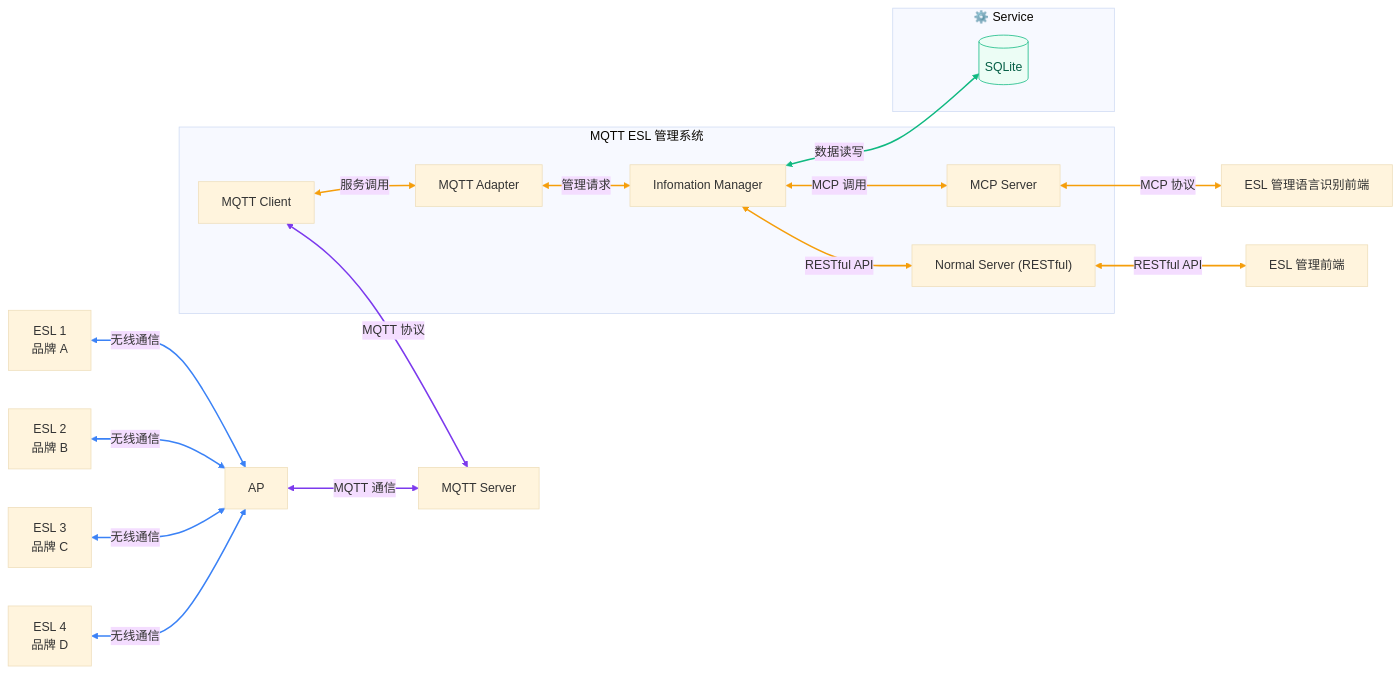
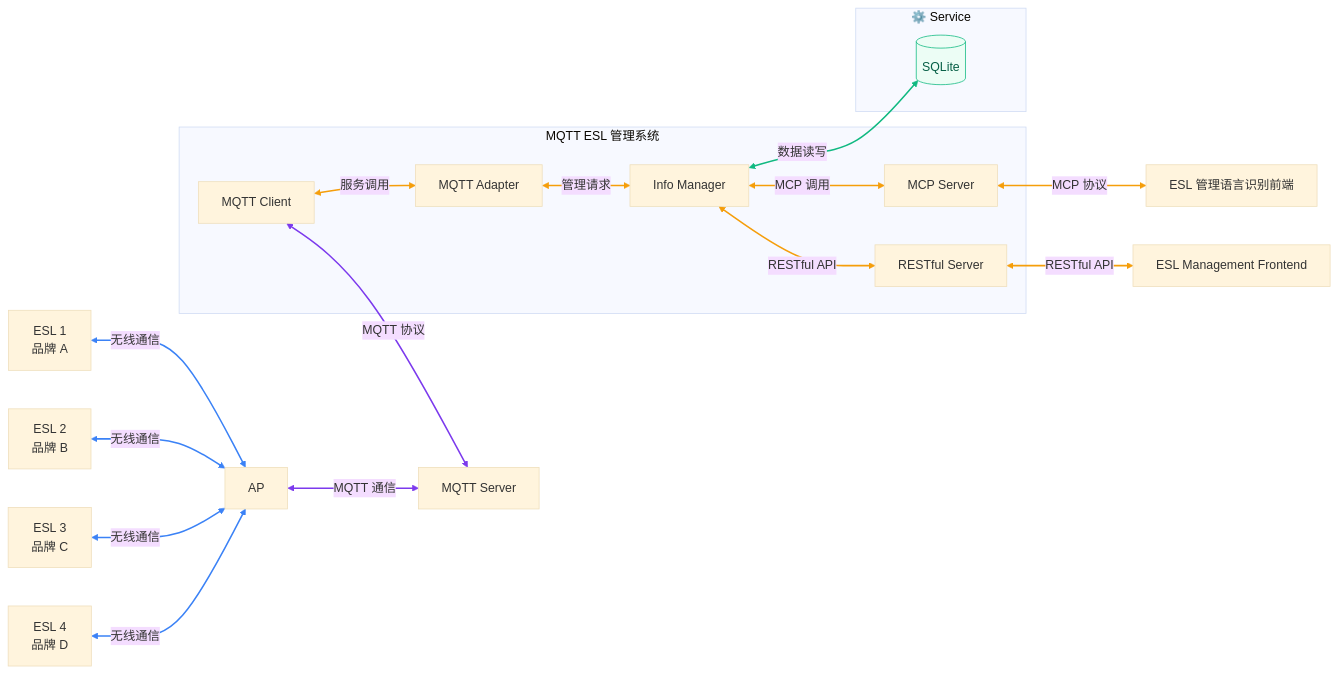
Before and after one commit to MQTT-ESL-Dev/.github: the diagram in profile/README.md, drawn with Mermaid (base theme). The commit also changed other lines of this file, not shown here.

````diff
--- a/profile/README.md
+++ b/profile/README.md
@@ -9,39 +9,44 @@
 ```mermaid
 flowchart LR
 	ESL1["ESL 1<br/>品牌 A"] <-->|无线通信| AP[AP]
 	ESL2["ESL 2<br/>品牌 B"] <-->|无线通信| AP
 	ESL3["ESL 3<br/>品牌 C"] <-->|无线通信| AP
 	ESL4["ESL 4<br/>品牌 D"] <-->|无线通信| AP
 	AP <-->|MQTT 通信| MQTT[MQTT Server]
 	subgraph MQTTSystem[MQTT ESL 管理系统]
 		Client[MQTT Client]
 		Adapter[MQTT Adapter]
-		Manager[Infomation Manager]
+		Manager[Info Manager]
 		MCP[MCP Server]
-		NormalServer["Normal Server (RESTful)"]
+		NormalServer["RESTful Server"]
 		Client <-->|服务调用| Adapter
 		Adapter <-->|管理请求| Manager
 		Manager <-->|MCP 调用| MCP
 		Manager <-->|RESTful API| NormalServer
 	end
 	Client <-->|MQTT 协议| MQTT
-	Frontend[ESL 管理前端]
+	Frontend[ESL Management Frontend]
 	LanguageFrontend[ESL 管理语言识别前端]
 	NormalServer <-->|RESTful API| Frontend
 	MCP <-->|MCP 协议| LanguageFrontend
 	subgraph Service["⚙️ Service"]
 		SQLite[(SQLite)]
 	end
 	Manager <-->|数据读写| SQLite
 
 	classDef blue fill:#EFF6FF,stroke:#3B82F6,color:#1E3A8A;
 	classDef purple fill:#F3E8FF,stroke:#7C3AED,color:#4C1D95;
 	classDef orange fill:#FFF7ED,stroke:#F59E0B,color:#92400E;
 	classDef green fill:#ECFDF5,stroke:#10B981,color:#065F46;
 	class SQLite green;
 	linkStyle 0,1,2,3 stroke:#3B82F6,stroke-width:2px;
 	linkStyle 4,9 stroke:#7C3AED,stroke-width:2px;
 	linkStyle 5,6,7,8,10,11 stroke:#F59E0B,stroke-width:2px;
 	linkStyle 12 stroke:#10B981,stroke-width:2px;
+	click Client "#mqtt-client"
 	click Adapter "#mqtt-adapter"
+	click Manager "#info-manager"
+	click MCP "#mcp-server"
+	click NormalServer "#restful-server"
+	click Frontend "#esl-management-frontend"
 ```
````
